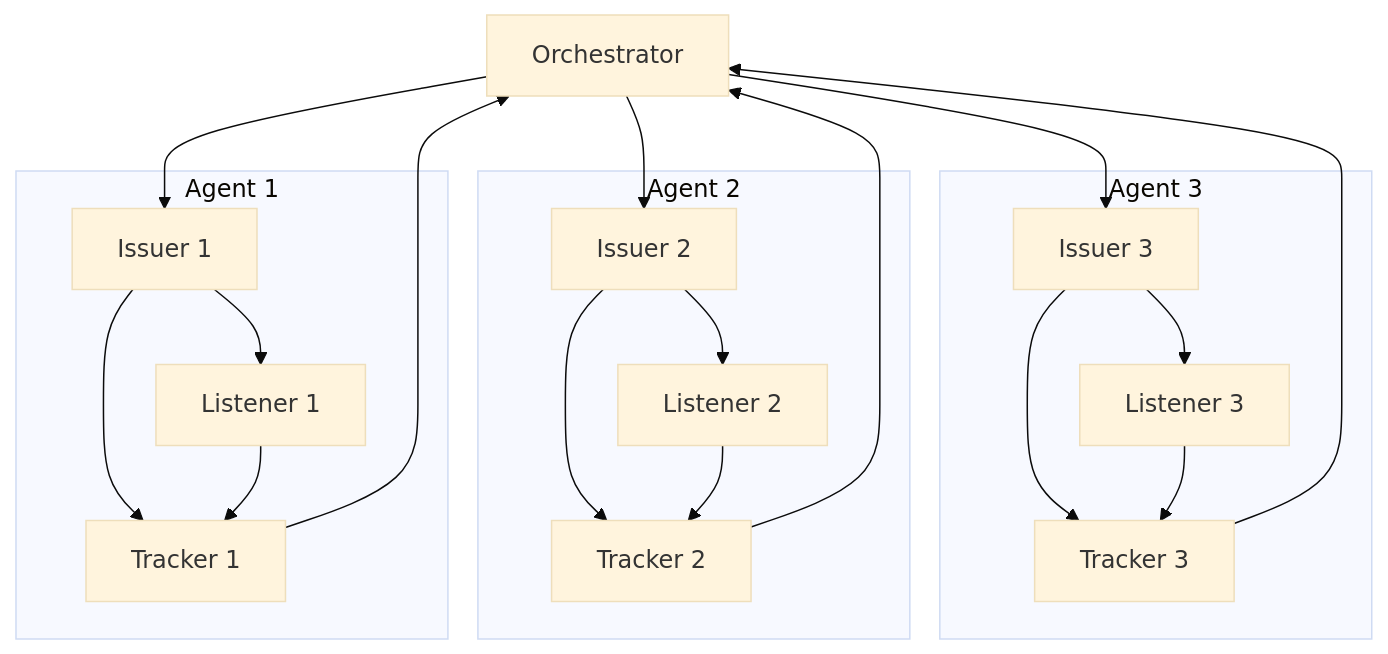
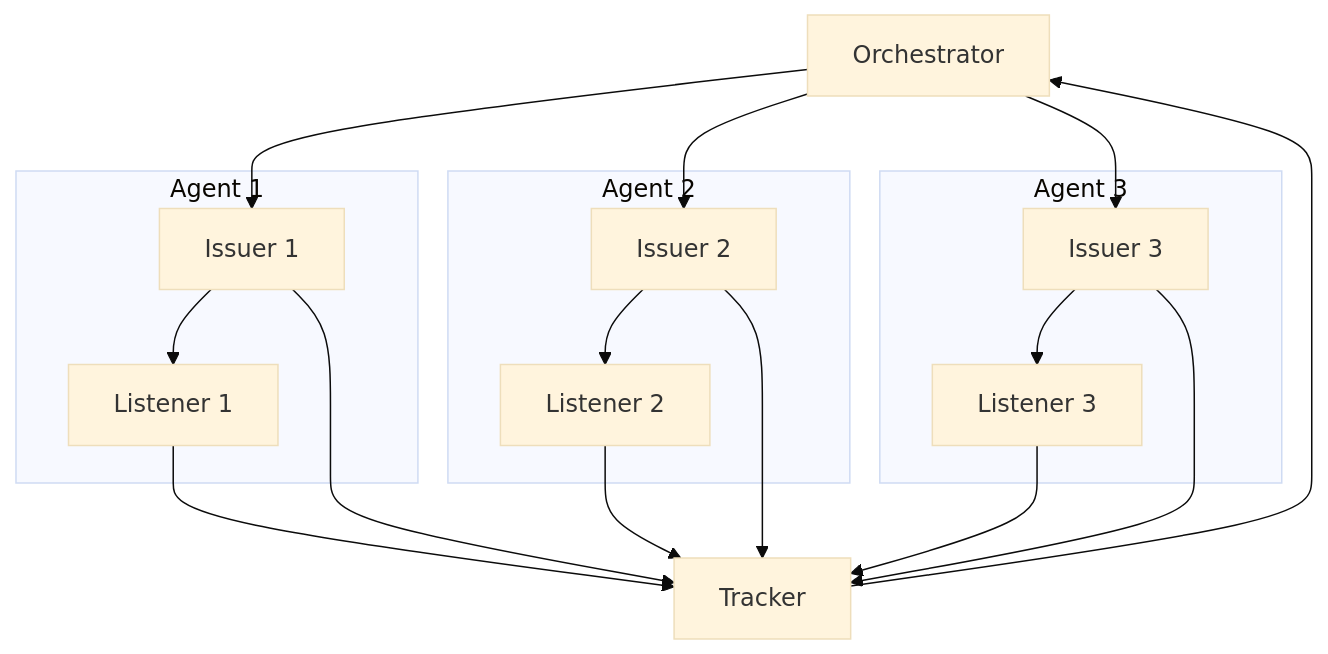
Before and after one commit to ava-labs/hypersdk: the diagram in load/README.md, drawn with Mermaid (base theme). The commit also changed other lines of this file and 5 other files, not shown here.

````diff
--- a/load/README.md
+++ b/load/README.md
@@ -18,38 +18,34 @@
 ```mermaid
 graph
     O["Orchestrator"]
     subgraph "Agent 3"
         A3_I["Issuer 3"]
         A3_L["Listener 3"]
-        A3_T["Tracker 3"]
     end
     subgraph "Agent 2"
         A2_I["Issuer 2"]
         A2_L["Listener 2"]
-        A2_T["Tracker 2"]
     end
     subgraph "Agent 1"
         A1_I["Issuer 1"]
         A1_L["Listener 1"]
-        A1_T["Tracker 1"]
     end
+    T["Tracker"]
 
-    A1_T --> O
-    A2_T --> O
-    A3_T --> O
+    T --> O
 
     O --> A1_I
     O --> A2_I
     O --> A3_I
 
     A1_I --> A1_L
     A2_I --> A2_L
     A3_I --> A3_L
 
-    A1_I --> A1_T
-    A2_I --> A2_T
-    A3_I --> A3_T
-    A1_L --> A1_T
-    A2_L --> A2_T
-    A3_L --> A3_T
+    A1_I --> T
+    A2_I --> T
+    A3_I --> T
+    A1_L --> T
+    A2_L --> T
+    A3_L --> T
 ```
````
